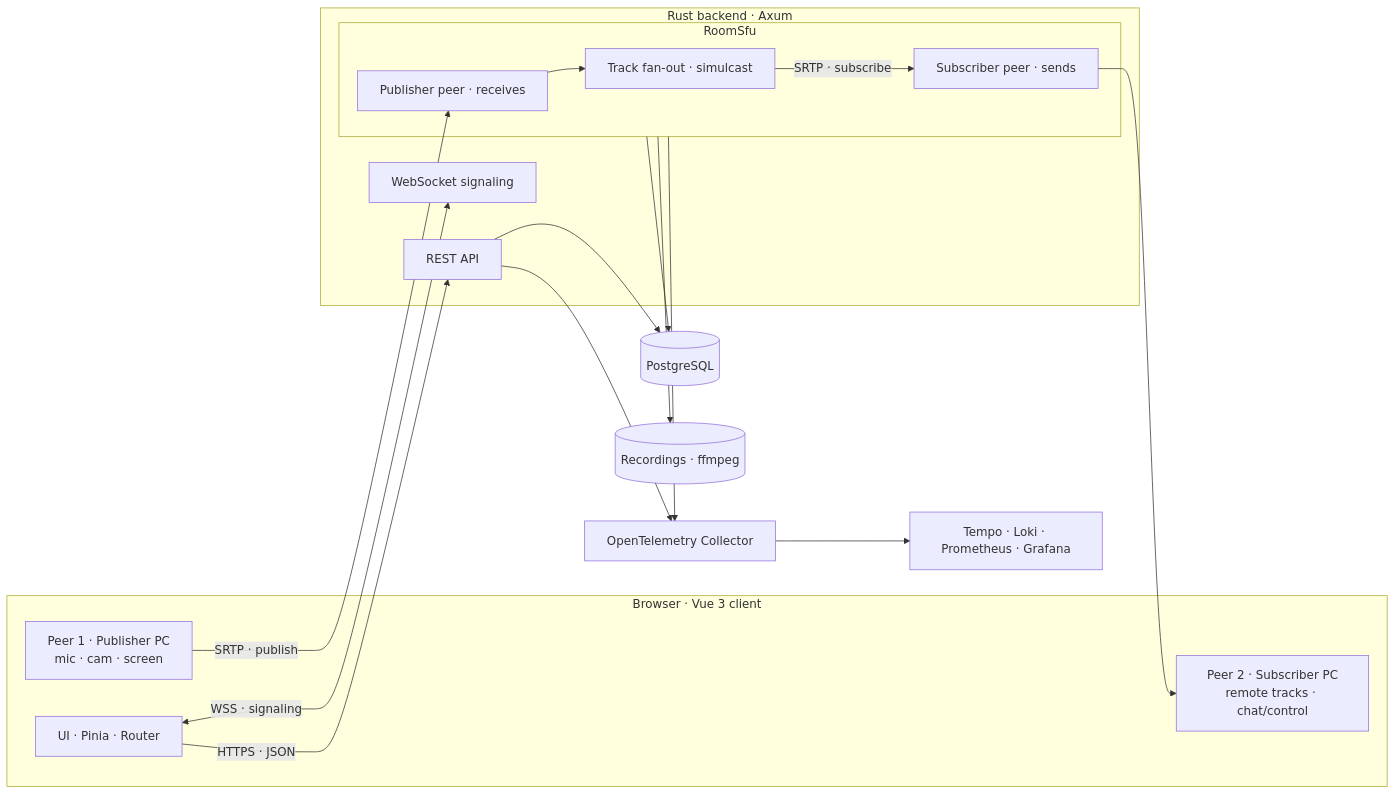
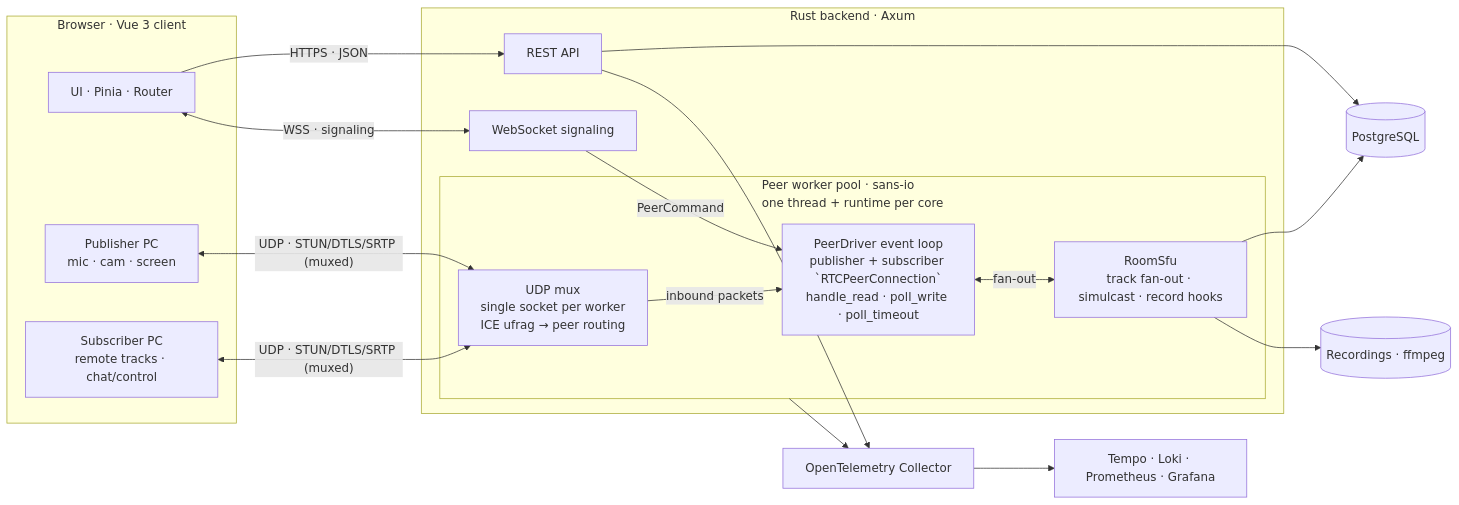
Before and after one commit to marfanr/orvix: the diagram in README.md, drawn with Mermaid. The commit also changed other lines of this file and 1 other file, not shown here.

Commit message:
feat: update readme and fix telemetry

````diff
--- a/README.md
+++ b/README.md
@@ -145,36 +145,37 @@
 ```mermaid
 flowchart LR
     subgraph Browser["Browser · Vue 3 client"]
         UI["UI · Pinia · Router"]
-        PUB["Peer 1 · Publisher PC<br/>mic · cam · screen"]
-        SUB["Peer 2 · Subscriber PC<br/>remote tracks · chat/control"]
+        PUB["Publisher PC<br/>mic · cam · screen"]
+        SUB["Subscriber PC<br/>remote tracks · chat/control"]
     end
 
     subgraph Backend["Rust backend · Axum"]
         API["REST API"]
         WS["WebSocket signaling"]
-        subgraph SFU["RoomSfu"]
-            PP["Publisher peer · receives"]
-            SP["Subscriber peer · sends"]
-            TR["Track fan-out · simulcast"]
+        subgraph Pool["Peer worker pool · sans-io<br/>one thread + runtime per core"]
+            MUX["UDP mux<br/>single socket per worker<br/>ICE ufrag → peer routing"]
+            DIR["PeerDriver event loop<br/>publisher + subscriber `RTCPeerConnection`<br/>handle_read · poll_write · poll_timeout"]
+            ROOM["RoomSfu<br/>track fan-out · simulcast · record hooks"]
         end
     end
 
     DB[("PostgreSQL")]
     REC[("Recordings · ffmpeg")]
     OTEL["OpenTelemetry Collector"]
     OBS["Tempo · Loki · Prometheus · Grafana"]
 
     UI -->|"HTTPS · JSON"| API
     UI <-->|"WSS · signaling"| WS
-    PUB -->|"SRTP · publish"| PP
-    PP --> TR
-    TR -->|"SRTP · subscribe"| SP
-    SP --> SUB
+    PUB <-->|"UDP · STUN/DTLS/SRTP (muxed)"| MUX
+    SUB <-->|"UDP · STUN/DTLS/SRTP (muxed)"| MUX
+    WS -->|"PeerCommand"| DIR
+    MUX -->|"inbound packets"| DIR
+    DIR <-->|"fan-out"| ROOM
     API --> DB
-    SFU --> DB
+    ROOM --> DB
     API --> OTEL
-    SFU --> OTEL
-    SFU --> REC
+    Pool --> OTEL
+    ROOM --> REC
     OTEL --> OBS
 ```
````
